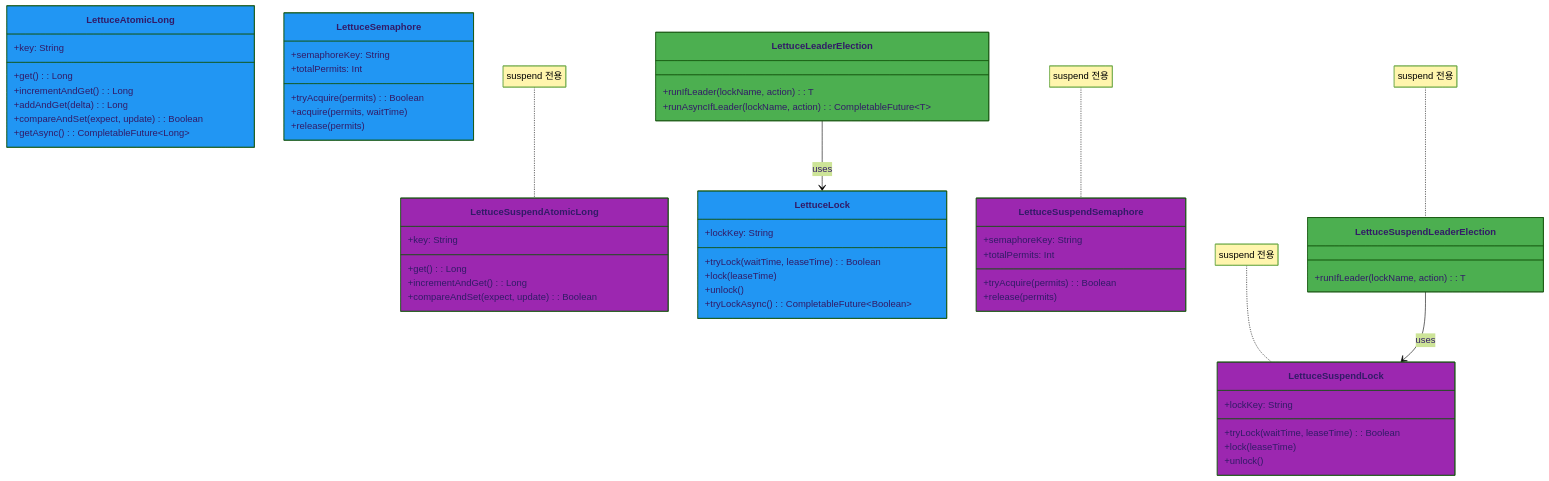
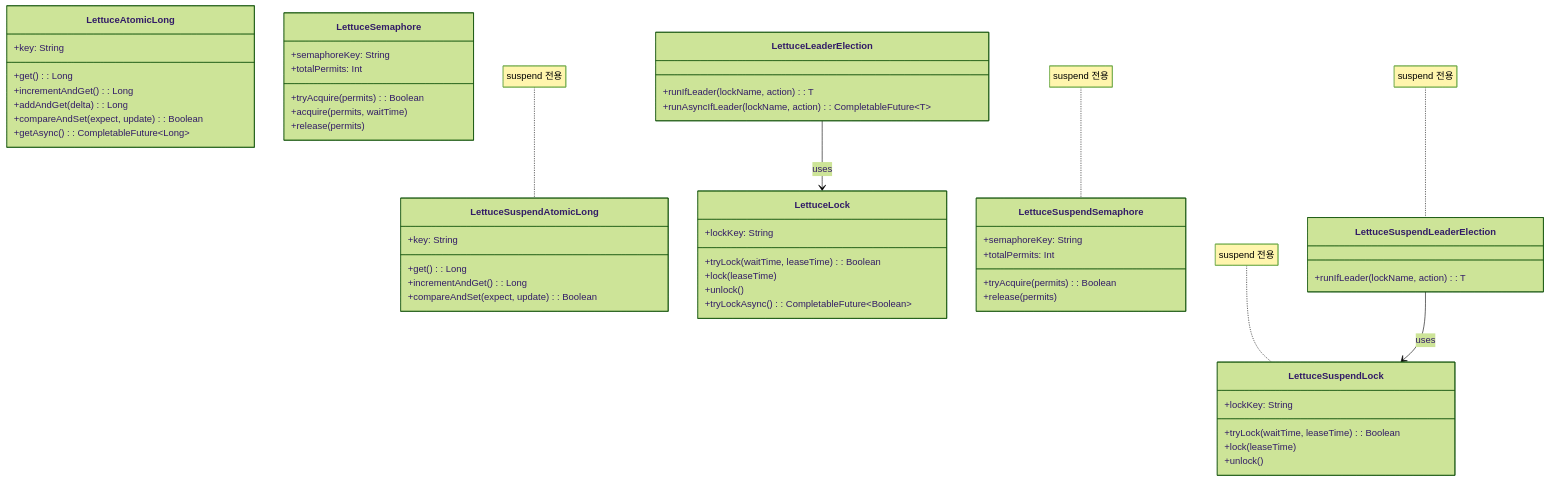
One commit to bluetape4k/bluetape4k-projects changed the first of 3 diagrams in infra/lettuce/README.md. Above: the diagram before and after it, drawn with Mermaid (forest theme). The commit also changed other lines of this file and 95 other files, not shown here.

First line of the commit message:
docs: Mermaid 파서 오류 전체 수정 (IntelliJ IDEA 호환)

````diff
--- a/infra/lettuce/README.md
+++ b/infra/lettuce/README.md
@@ -318,67 +318,61 @@
 ```mermaid
 classDiagram
-    class LettuceAtomicLong:::clientStyle {
+    class LettuceAtomicLong {
         +key: String
         +get(): Long
         +incrementAndGet(): Long
         +addAndGet(delta): Long
         +compareAndSet(expect, update): Boolean
         +getAsync(): CompletableFuture~Long~
     }
-    class LettuceSuspendAtomicLong:::abstractStyle {
+    class LettuceSuspendAtomicLong {
         +key: String
         +get(): Long
         +incrementAndGet(): Long
         +compareAndSet(expect, update): Boolean
     }
 
-    class LettuceLock:::clientStyle {
+    class LettuceLock {
         +lockKey: String
         +tryLock(waitTime, leaseTime): Boolean
         +lock(leaseTime)
         +unlock()
         +tryLockAsync(): CompletableFuture~Boolean~
     }
-    class LettuceSuspendLock:::abstractStyle {
+    class LettuceSuspendLock {
         +lockKey: String
         +tryLock(waitTime, leaseTime): Boolean
         +lock(leaseTime)
         +unlock()
     }
 
-    class LettuceSemaphore:::clientStyle {
+    class LettuceSemaphore {
         +semaphoreKey: String
         +totalPermits: Int
         +tryAcquire(permits): Boolean
         +acquire(permits, waitTime)
         +release(permits)
     }
-    class LettuceSuspendSemaphore:::abstractStyle {
+    class LettuceSuspendSemaphore {
         +semaphoreKey: String
         +totalPermits: Int
         +tryAcquire(permits): Boolean
         +release(permits)
     }
 
-    class LettuceLeaderElection:::serviceStyle {
+    class LettuceLeaderElection {
         +runIfLeader(lockName, action): T
         +runAsyncIfLeader(lockName, action): CompletableFuture~T~
     }
-    class LettuceSuspendLeaderElection:::serviceStyle {
+    class LettuceSuspendLeaderElection {
         +runIfLeader(lockName, action): T
     }
 
     LettuceLeaderElection --> LettuceLock: uses
     LettuceSuspendLeaderElection --> LettuceSuspendLock: uses
     note for LettuceSuspendAtomicLong "suspend 전용"
     note for LettuceSuspendLock "suspend 전용"
     note for LettuceSuspendSemaphore "suspend 전용"
     note for LettuceSuspendLeaderElection "suspend 전용"
 
-    classDef cacheStyle   fill:#F44336
-    classDef redisStyle   fill:#FF9800
-    classDef infraStyle   fill:#607D8B
-    classDef clientStyle  fill:#2196F3
-    classDef abstractStyle fill:#9C27B0
-    classDef serviceStyle fill:#4CAF50
 ```
````
